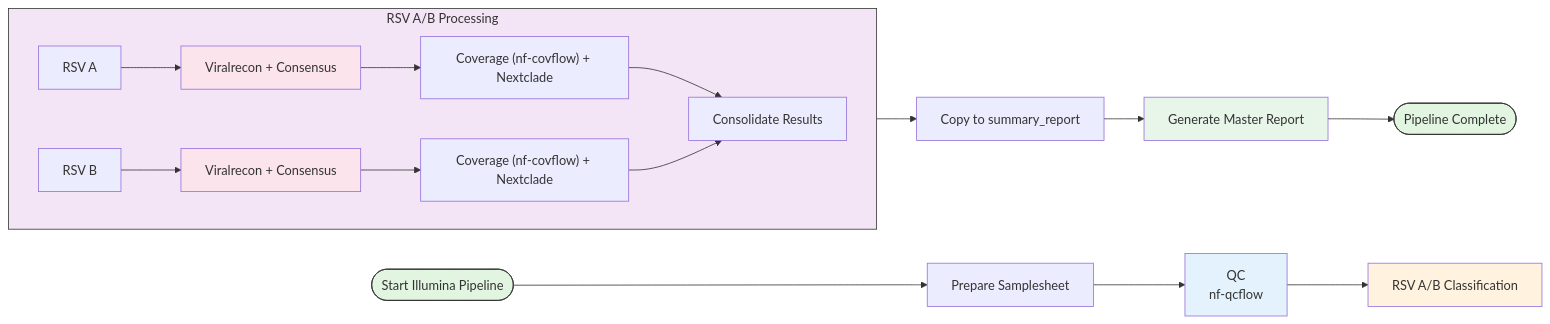
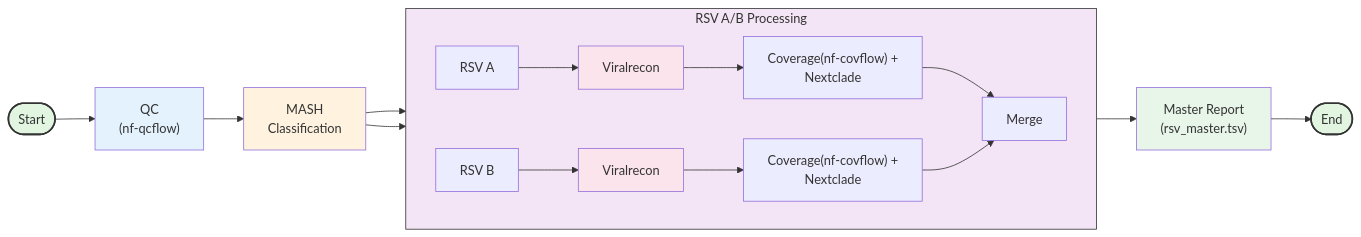
Before and after one commit to xiaoli-dong/rsv-analyzer: the first of 2 diagrams in README.md, drawn with Mermaid. The commit also changed other lines of this file, not shown here.

````diff
--- a/README.md
+++ b/README.md
@@ -12,34 +12,28 @@
 ```mermaid
 flowchart LR
- subgraph RSV_Branches["RSV A/B Processing"]
-    direction LR
-        VA["Viralrecon + Consensus"]
-        A["RSV A"]
-        VB["Viralrecon + Consensus"]
-        B["RSV B"]
-        CA["Coverage (nf-covflow) + Nextclade"]
-        CB["Coverage (nf-covflow) + Nextclade"]
-        Merge["Consolidate Results"]
-  end
-    Start(["Start Illumina Pipeline"]) --> Step1["Prepare Samplesheet"]
-    Step1 --> Step2["QC<br>nf-qcflow"]
-    Step2 --> Step3["RSV A/B Classification"]
-    A --> VA
-    B --> VB
-    VA --> CA
-    VB --> CB
-    CA --> Merge
-    CB --> Merge
-    Merge --> Copy["Copy to summary_report"]
-    Copy --> Final["Generate Master Report"]
-    Final --> End(["Pipeline Complete"])
+    subgraph RSV["RSV A/B Processing"]
+        direction LR
+        A["RSV A"] --> VA["Viralrecon"]
+        B["RSV B"] --> VB["Viralrecon"]
+        VA --> CA["Coverage(nf-covflow) +<br/>Nextclade"]
+        VB --> CB["Coverage(nf-covflow) +<br/>Nextclade"]
+        CA --> M["Merge"]
+        CB --> M
+    end
+    
+    Start(["Start"]) --> QC["QC<br/>(nf-qcflow)"]
+    QC --> Class["MASH<br/>Classification"]
+    Class --> A
+    Class --> B
+    M --> Report["Master Report<br/>(rsv_master.tsv)"]
+    Report --> End(["End"])
 
     style VA fill:#fce4ec
     style VB fill:#fce4ec
-    style Start fill:#e1f5e1,stroke:#333
-    style Step2 fill:#e3f2fd
-    style Step3 fill:#fff3e0
-    style Final fill:#e8f5e9
-    style End fill:#e1f5e1,stroke:#333
-    style RSV_Branches fill:#f3e5f5,stroke:#333
+    style Start fill:#e1f5e1,stroke:#333,stroke-width:2px
+    style End fill:#e1f5e1,stroke:#333,stroke-width:2px
+    style QC fill:#e3f2fd
+    style Class fill:#fff3e0
+    style RSV fill:#f3e5f5,stroke:#333
+    style Report fill:#e8f5e9
 ```
````
